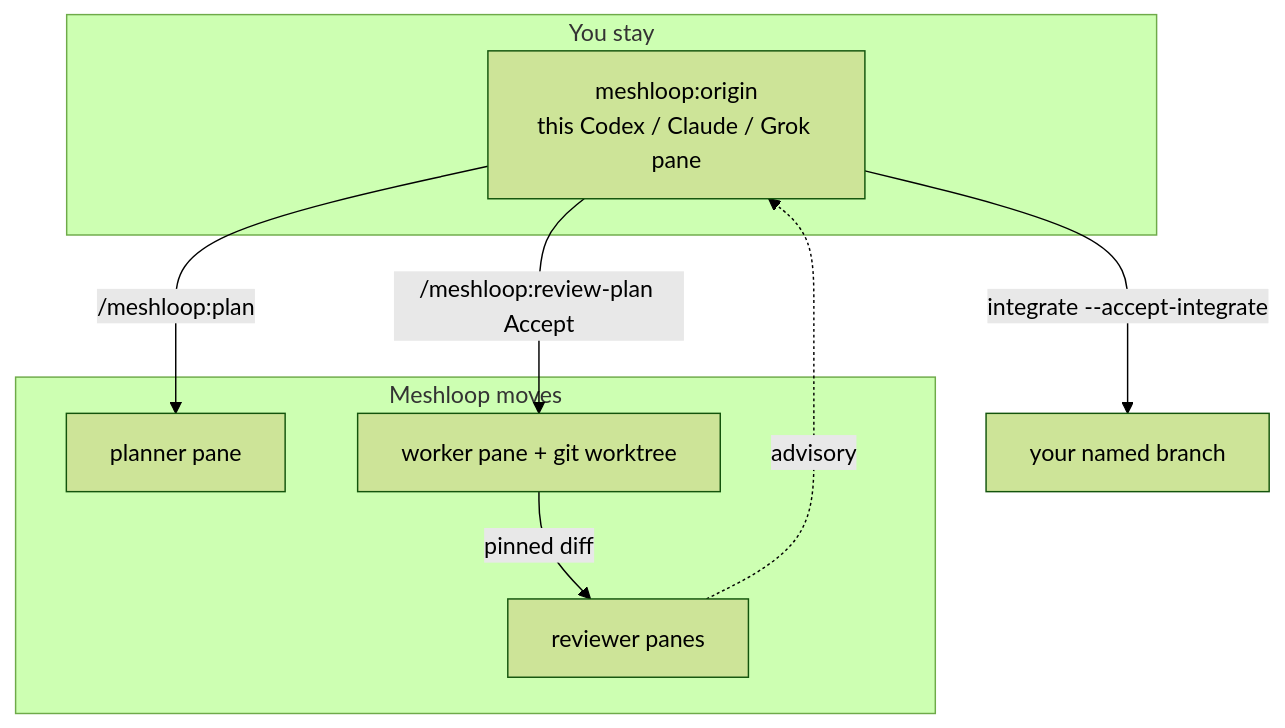
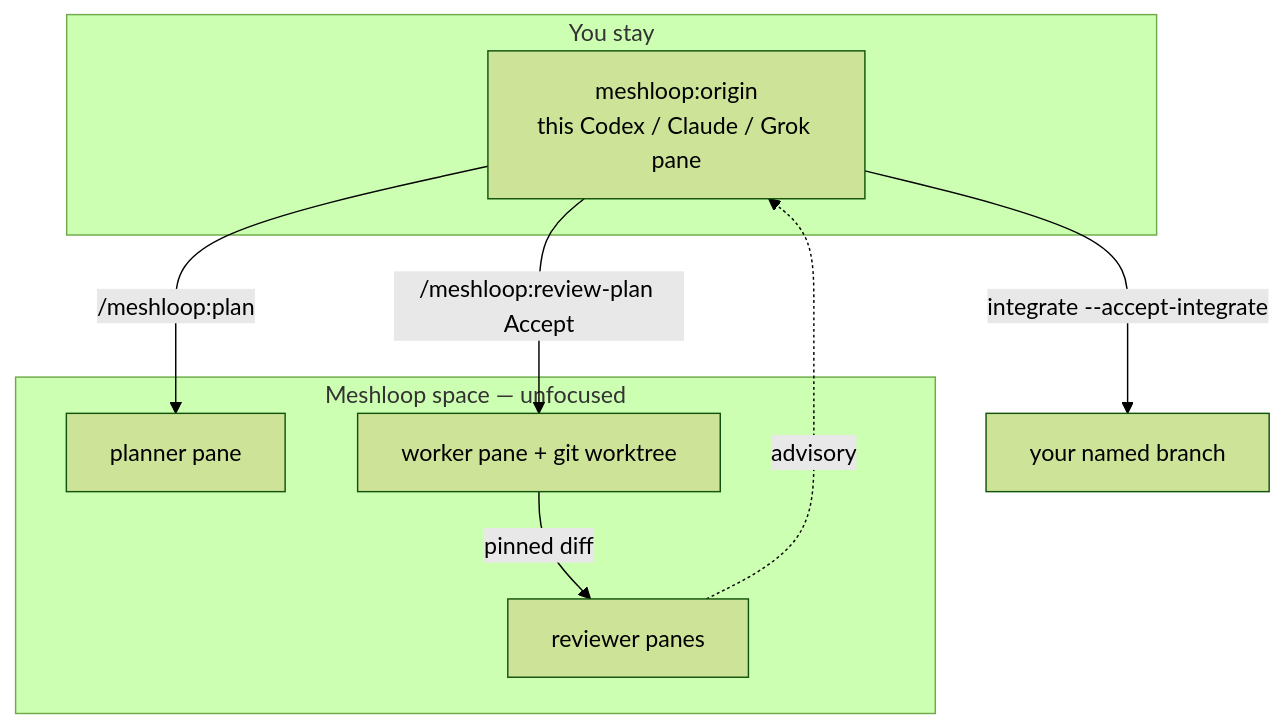
One commit to smota/meshloop changed the diagram in docs/product/brief.md. Above: the diagram before and after it, drawn with Mermaid (forest theme). The commit also changed other lines of this file and 34 other files, not shown here.

````diff
--- a/docs/product/brief.md
+++ b/docs/product/brief.md
@@ -10,16 +10,16 @@
 ```mermaid
 flowchart TB
   subgraph stay [You stay]
     O[meshloop:origin<br/>this Codex / Claude / Grok pane]
   end
-  subgraph move [Meshloop moves]
+  subgraph move [Meshloop space — unfocused]
     P[planner pane]
     W[worker pane + git worktree]
     R[reviewer panes]
   end
   O -->|/meshloop:plan| P
   O -->|/meshloop:review-plan Accept| W
   W -->|pinned diff| R
   R -.->|advisory| O
   O -->|integrate --accept-integrate| Git[your named branch]
 ```
````
